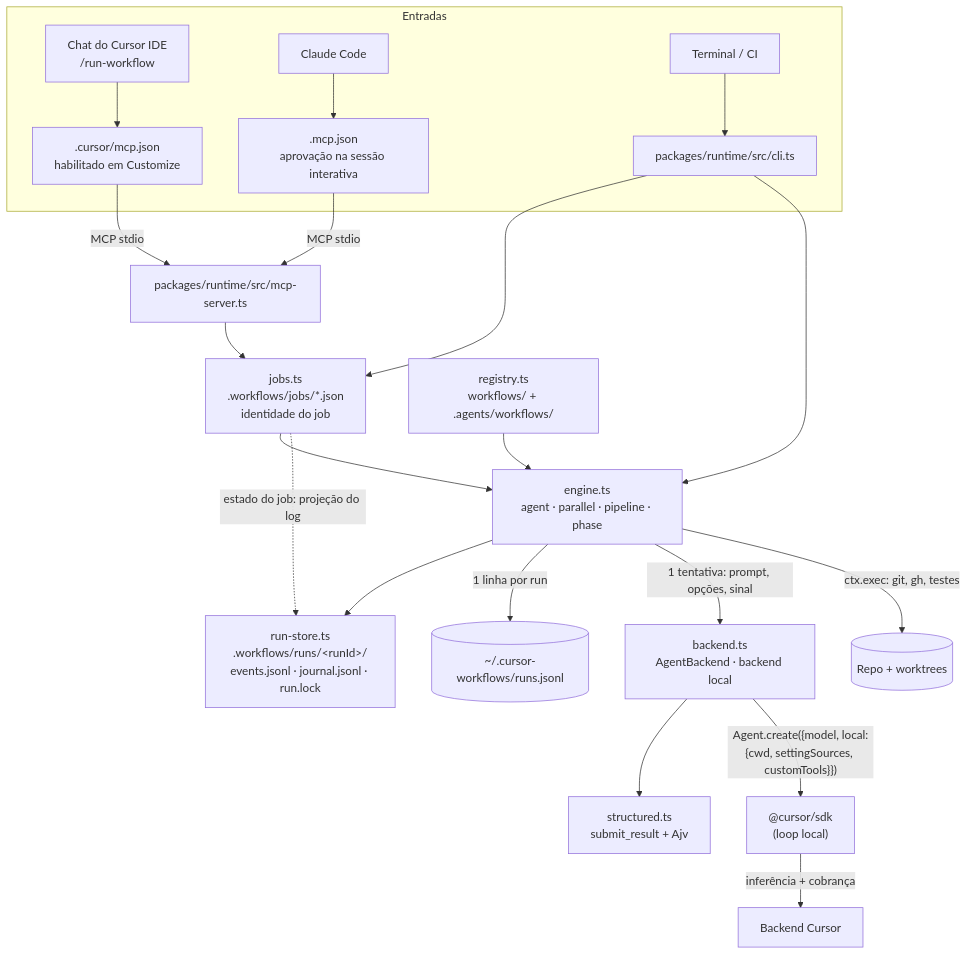
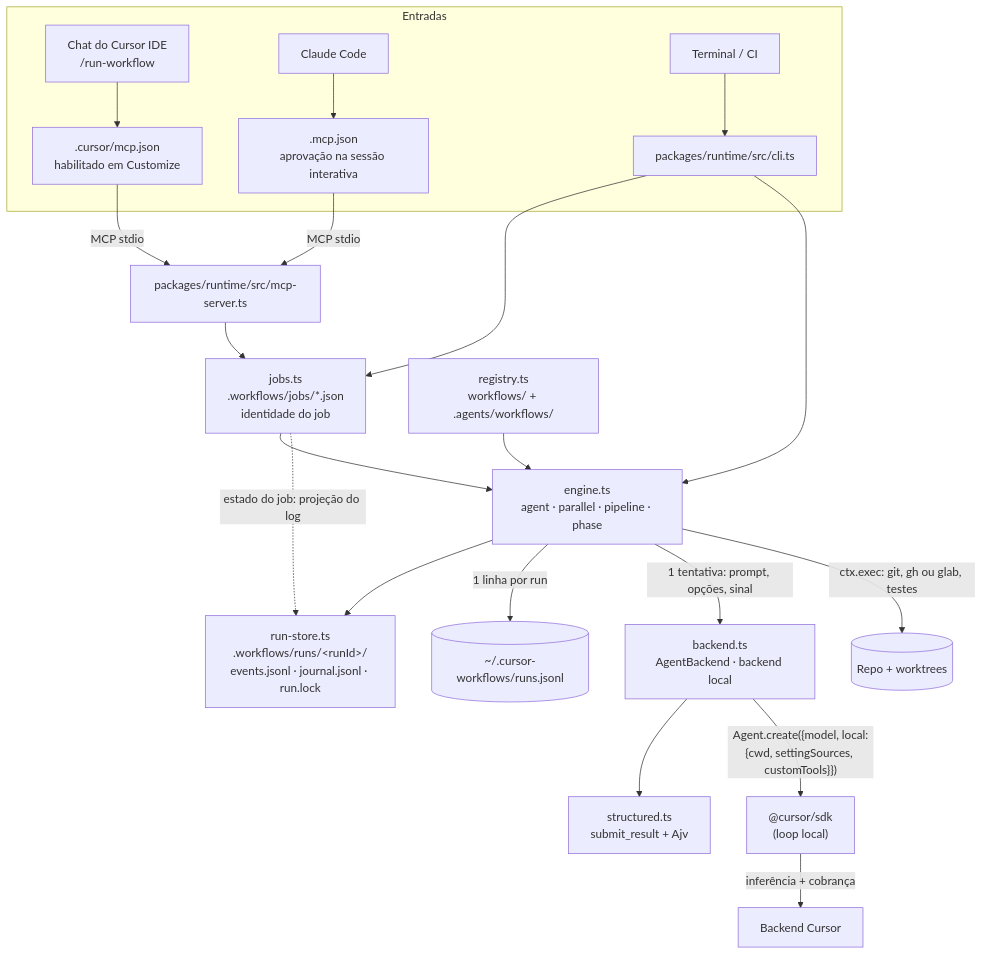
One commit to rodrigorjsf/cursor-workflows-starter changed the first of 2 diagrams in docs/internals/01-arquitetura.md. Above: the diagram before and after it, drawn with Mermaid. The commit also changed other lines of this file and 24 other files, not shown here.

````diff
--- a/docs/internals/01-arquitetura.md
+++ b/docs/internals/01-arquitetura.md
@@ -5,23 +5,23 @@
 ```mermaid
 flowchart TB
   subgraph Entradas
     CHAT["Chat do Cursor IDE<br/>/run-workflow"] --> CREG[".cursor/mcp.json<br/>habilitado em Customize"]
     CCODE["Claude Code"] --> CCREG[".mcp.json<br/>aprovação na sessão interativa"]
     TERM["Terminal / CI"] --> CLI[packages/runtime/src/cli.ts]
   end
   CREG -->|MCP stdio| MCP[packages/runtime/src/mcp-server.ts]
   CCREG -->|MCP stdio| MCP
   MCP --> JOBS[jobs.ts<br/>.workflows/jobs/*.json<br/>identidade do job]
   CLI --> JOBS
   CLI --> ENG
   JOBS --> ENG[engine.ts<br/>agent · parallel · pipeline · phase]
   REG[registry.ts<br/>workflows/ + .agents/workflows/] --> ENG
   ENG --> JR[run-store.ts<br/>.workflows/runs/&lt;runId&gt;/<br/>events.jsonl · journal.jsonl · run.lock]
   JOBS -.->|"estado do job: projeção do log"| JR
   ENG -->|1 linha por run| IDX[("~/.cursor-workflows/runs.jsonl")]
   ENG -->|"1 tentativa: prompt, opções, sinal"| BE[backend.ts<br/>AgentBackend · backend local]
   BE --> ST[structured.ts<br/>submit_result + Ajv]
   BE -->|"Agent.create({model, local:{cwd, settingSources, customTools}})"| SDK["@cursor/sdk<br/>(loop local)"]
   SDK -->|inferência + cobrança| CUR[Backend Cursor]
-  ENG -->|"ctx.exec: git, gh, testes"| REPO[(Repo + worktrees)]
+  ENG -->|"ctx.exec: git, gh ou glab, testes"| REPO[(Repo + worktrees)]
 ```
````
